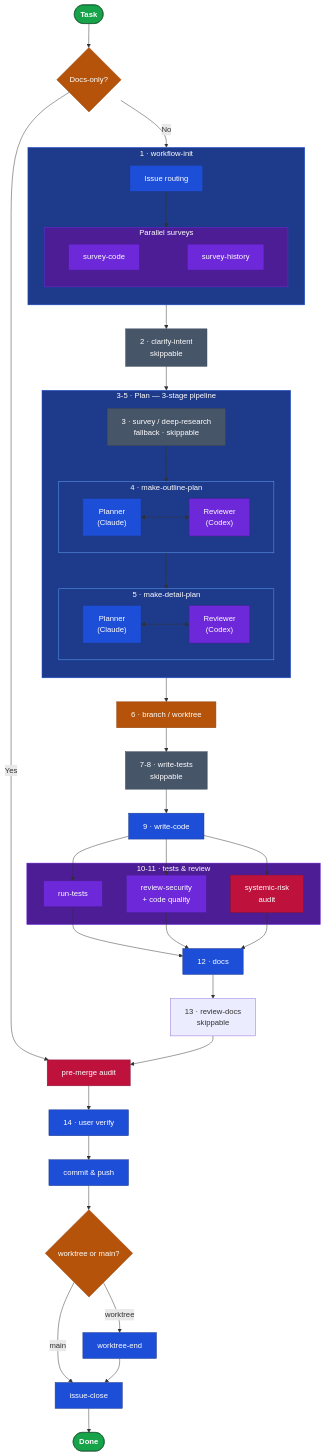
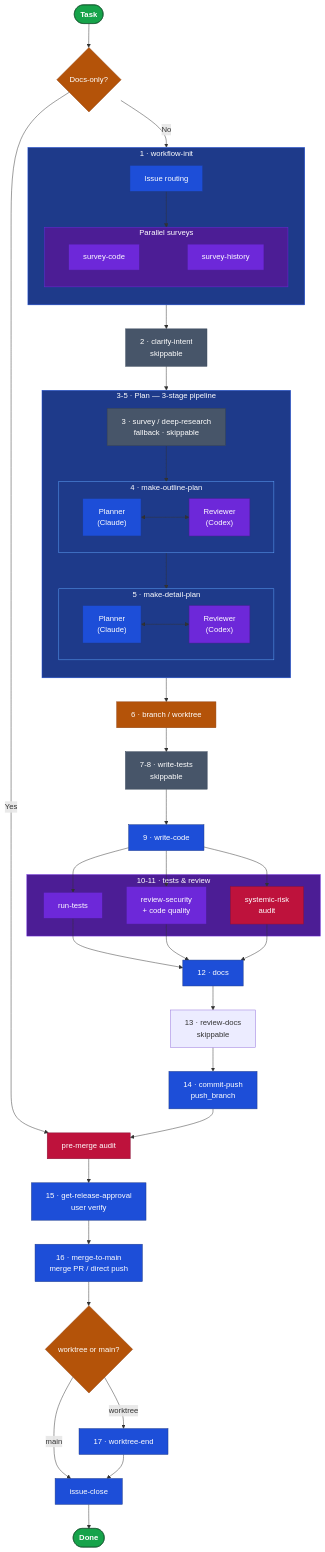
Before and after one commit to nirecom/agents: the diagram in README.md, drawn with Mermaid. The commit also changed other lines of this file and 231 other files, not shown here.

````diff
--- a/README.md
+++ b/README.md
@@ -33,78 +33,79 @@
 ```mermaid
 flowchart TD
     classDef terminal  fill:#16a34a,stroke:#14532d,color:#fff,font-weight:bold
     classDef decision  fill:#b45309,stroke:#92400e,color:#fff
     classDef audit     fill:#be123c,stroke:#881337,color:#fff
     classDef skippable fill:#475569,stroke:#334155,color:#fff
     classDef parallel  fill:#6d28d9,stroke:#4c1d95,color:#fff
     classDef required  fill:#1d4ed8,stroke:#1e3a8a,color:#fff
 
     Task([Task]) --> Doc{Docs-only?}
     Doc -- Yes --> Gate
     Doc -- No  --> S0_sg
 
     subgraph S0_sg["1 · workflow-init"]
         direction TB
         S0_R["Issue routing"]
         subgraph S0_surv["Parallel surveys"]
             direction LR
             S0_SC["survey-code"] ~~~ S0_SH["survey-history"]
         end
         S0_R --> S0_surv
     end
 
     S0_sg --> S1["2 · clarify-intent<br/>skippable"]
     S1 --> P2a
 
     subgraph Plan["3-5 · Plan  —  3-stage pipeline"]
         direction TB
         P2a["3 · survey / deep-research<br/>fallback · skippable"] --> P2b_sg
         subgraph P2b_sg["4 · make-outline-plan"]
             direction LR
             P2b_L["Planner<br/>(Claude)"] <--> P2b_R["Reviewer<br/>(Codex)"]
         end
         P2b_sg --> P2c_sg
         subgraph P2c_sg["5 · make-detail-plan"]
             direction LR
             P2c_L["Planner<br/>(Claude)"] <--> P2c_R["Reviewer<br/>(Codex)"]
         end
     end
 
     Plan --> S3["6 · branch / worktree"]
     S3 --> S4["7-8 · write-tests<br/>skippable"]
     S4 --> S5["9 · write-code"]
 
     S5 --> S6a & S6b & SR
 
     subgraph Review["10-11 · tests & review"]
         S6a["run-tests"]
         S6b["review-security<br/>+ code quality"]
         SR["systemic-risk<br/>audit"]
     end
 
     S6a & S6b & SR --> S7["12 · docs"]
     S7 --> S7d["13 · review-docs<br/>skippable"]
-    S7d --> Gate["pre-merge audit"]
-    Gate --> UV["14 · user verify"]
-    UV --> Push["commit & push"]
+    S7d --> PB["14 · commit-push<br/>push_branch"]
+    PB --> Gate["pre-merge audit"]
+    Gate --> UV["15 · get-release-approval<br/>user verify"]
+    UV --> Push["16 · merge-to-main<br/>merge PR / direct push"]
 
     Push --> Clean{worktree or main?}
-    Clean -- worktree --> WE["worktree-end"]
+    Clean -- worktree --> WE["17 · worktree-end"]
     Clean -- main     --> IC["issue-close"]
     WE --> IC
     IC --> Done([Done])
 
     style S0_sg  fill:#1e3a8a,stroke:#1d4ed8,color:#fff
     style S0_surv fill:#4c1d95,stroke:#6d28d9,color:#fff
     style Plan   fill:#1e3a8a,stroke:#1d4ed8,color:#fff
     style P2b_sg fill:#1e3a8a,stroke:#60a5fa,color:#fff
     style P2c_sg fill:#1e3a8a,stroke:#60a5fa,color:#fff
     style Review fill:#4c1d95,stroke:#6d28d9,color:#fff
 
     class Task,Done terminal
     class Doc,Clean,S3 decision
     class Gate,SR audit
     class S1,P2a,S4 skippable
     class S0_SC,S0_SH,P2b_R,P2c_R,S6a,S6b parallel
-    class S0_R,P2b_L,P2c_L,S5,S7,UV,Push,WE,IC required
+    class S0_R,P2b_L,P2c_L,S5,S7,PB,UV,Push,WE,IC required
 ```
````
